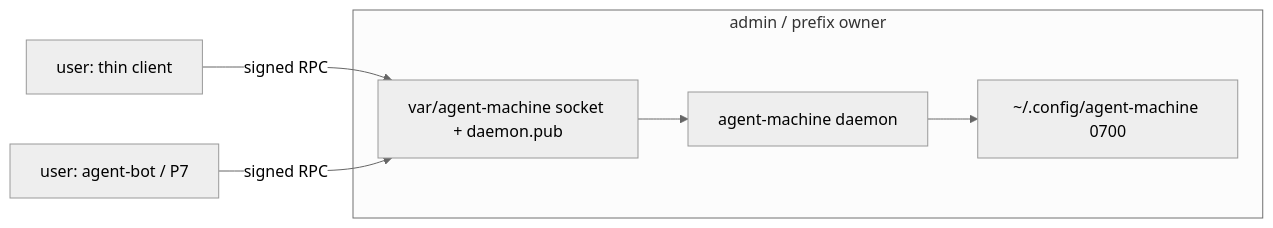
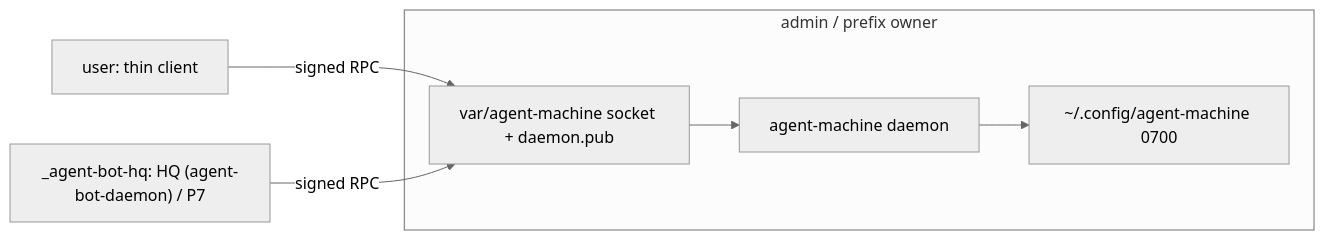
One commit to true-line/agent-bot-machine changed the diagram in docs/plans/cross-account-channel.md. Above: the diagram before and after it, drawn with Mermaid (neutral theme). The commit also changed other lines of this file and 1 other file, not shown here.

First line of the commit message:
Plans: HQ in its own account, P7 client in agent-bot-daemon (#468)

````diff
--- a/docs/plans/cross-account-channel.md
+++ b/docs/plans/cross-account-channel.md
@@ -47,12 +65,12 @@
 ```mermaid
 flowchart LR
   userTerm["user: thin client"] -->|"signed RPC"| ch
-  agentBot["user: agent-bot / P7"] -->|"signed RPC"| ch
+  hq["_agent-bot-hq: HQ (agent-bot-daemon) / P7"] -->|"signed RPC"| ch
   subgraph prefixOwner [admin / prefix owner]
     ch["var/agent-machine socket + daemon.pub"]
     exec["agent-machine daemon"]
     keys["~/.config/agent-machine 0700"]
   end
   ch --> exec
   exec --> keys
 ```
````
